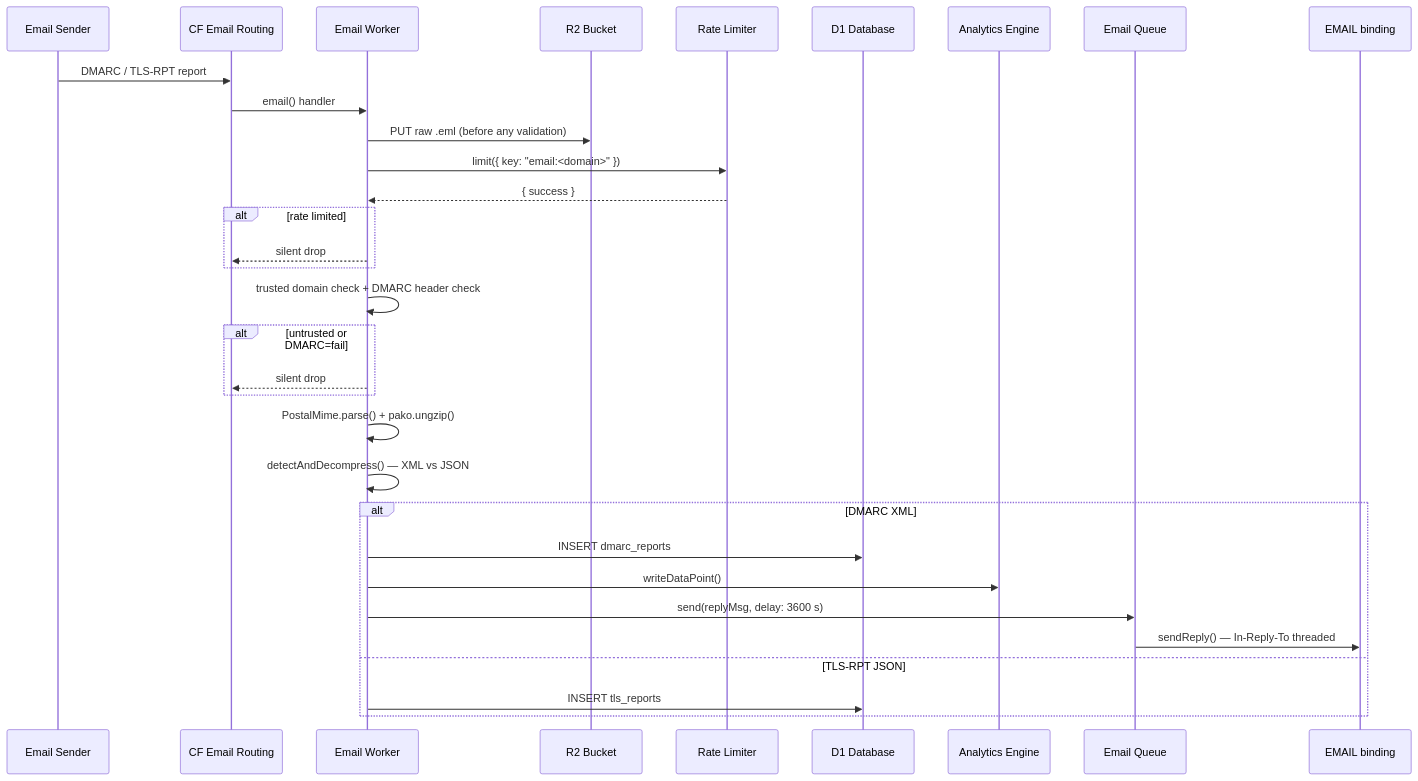
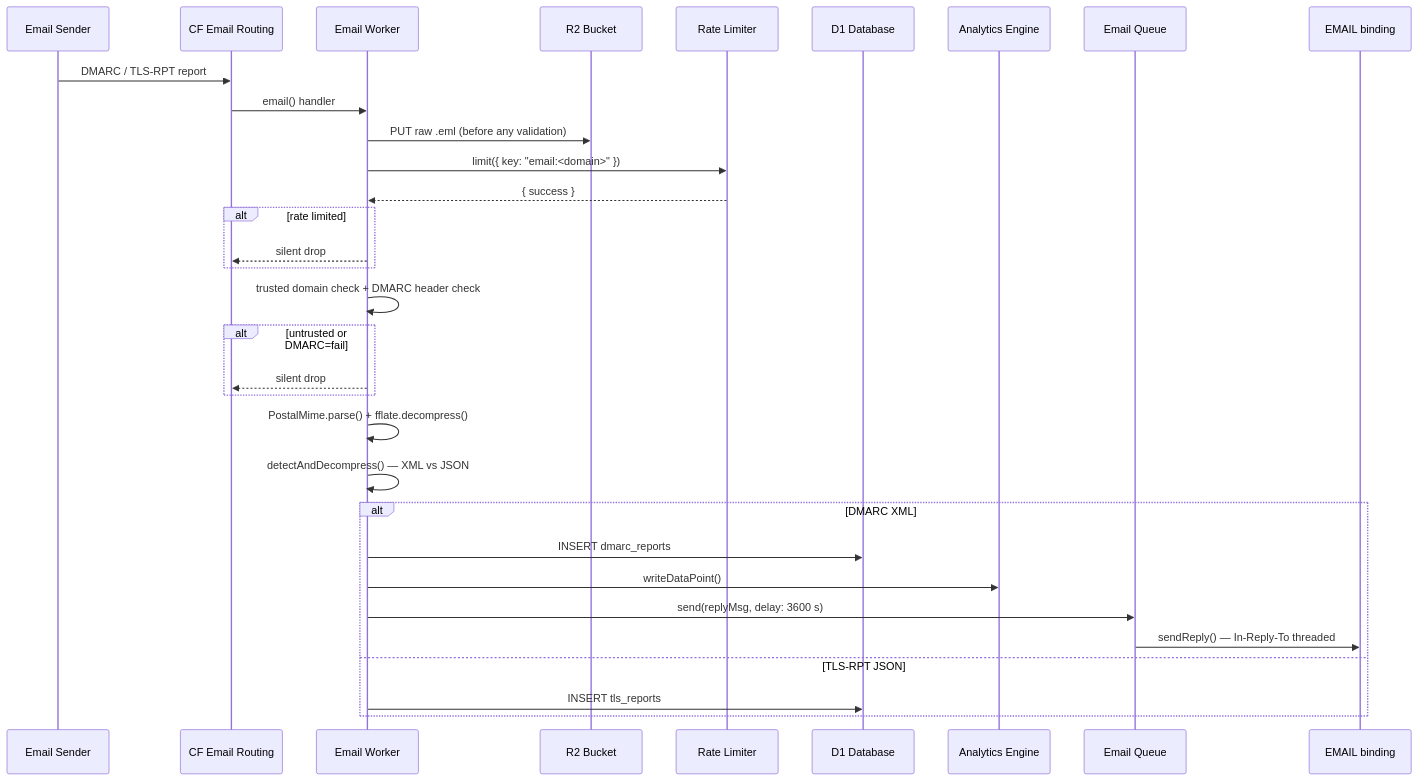
Before and after one commit to udmada/dmarc-email-worker: the second of 2 diagrams in README.md, drawn with Mermaid. The commit also changed other lines of this file and 2 other files, not shown here.

````diff
--- a/README.md
+++ b/README.md
@@ -42,40 +42,40 @@
 ```mermaid
 sequenceDiagram
     participant ES as Email Sender
     participant ER as CF Email Routing
     participant W as Email Worker
     participant R2 as R2 Bucket
     participant RL as Rate Limiter
     participant DB as D1 Database
     participant AE as Analytics Engine
     participant Q as Email Queue
     participant EML as EMAIL binding
 
     ES->>ER: DMARC / TLS-RPT report
     ER->>W: email() handler
     W->>R2: PUT raw .eml (before any validation)
     W->>RL: limit({ key: "email:<domain>" })
     RL-->>W: { success }
 
     alt rate limited
         W-->>ER: silent drop
     end
 
     W->>W: trusted domain check + DMARC header check
 
     alt untrusted or DMARC=fail
         W-->>ER: silent drop
     end
 
-    W->>W: PostalMime.parse() + pako.ungzip()
+    W->>W: PostalMime.parse() + fflate.decompress()
     W->>W: detectAndDecompress() — XML vs JSON
 
     alt DMARC XML
         W->>DB: INSERT dmarc_reports
         W->>AE: writeDataPoint()
         W->>Q: send(replyMsg, delay: 3600 s)
         Q->>EML: sendReply() — In-Reply-To threaded
     else TLS-RPT JSON
         W->>DB: INSERT tls_reports
     end
 ```
````
